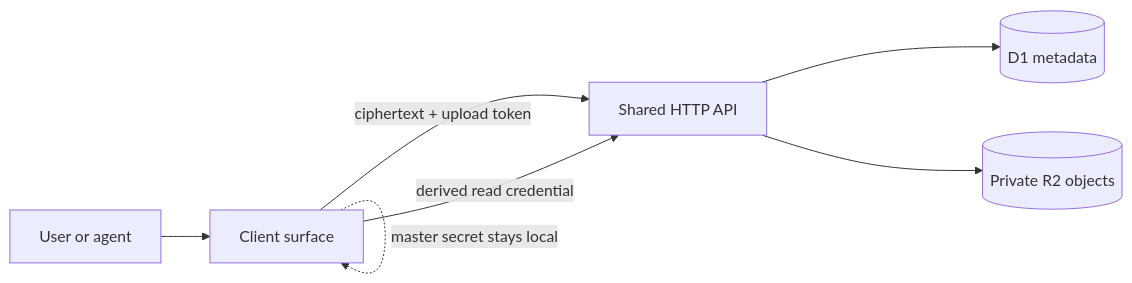
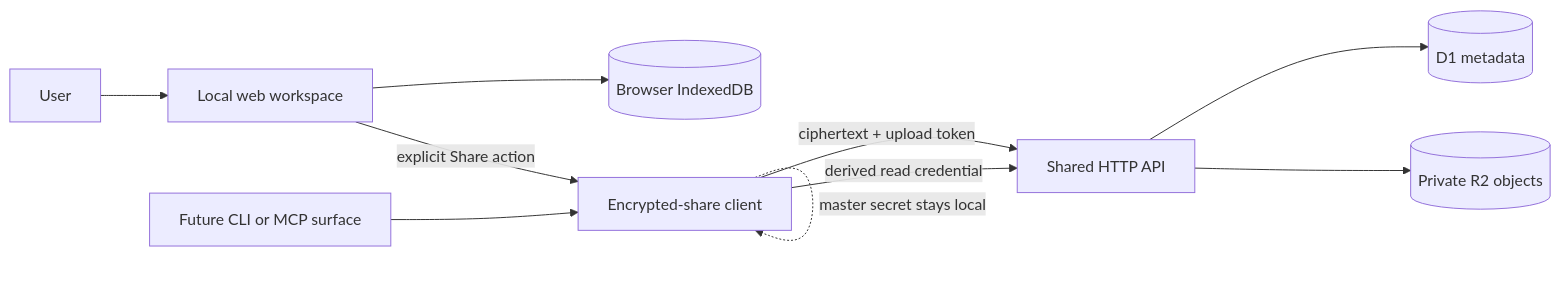
Before and after one commit to shakthi-sagar/share: the first of 3 diagrams in docs/architecture.md, drawn with Mermaid. The commit also changed other lines of this file and 19 other files, not shown here.

````diff
--- a/docs/architecture.md
+++ b/docs/architecture.md
@@ -5,9 +5,12 @@
 ```mermaid
 flowchart LR
-  U[User or agent] --> C[Client surface]
+  U[User] --> W[Local web workspace]
+  W --> I[(Browser IndexedDB)]
+  W -->|explicit Share action| C[Encrypted-share client]
+  G[Future CLI or MCP surface] --> C
   C -->|ciphertext + upload token| A[Shared HTTP API]
   C -->|derived read credential| A
   A --> D[(D1 metadata)]
   A --> R[(Private R2 objects)]
   C -. master secret stays local .-> C
 ```
````
